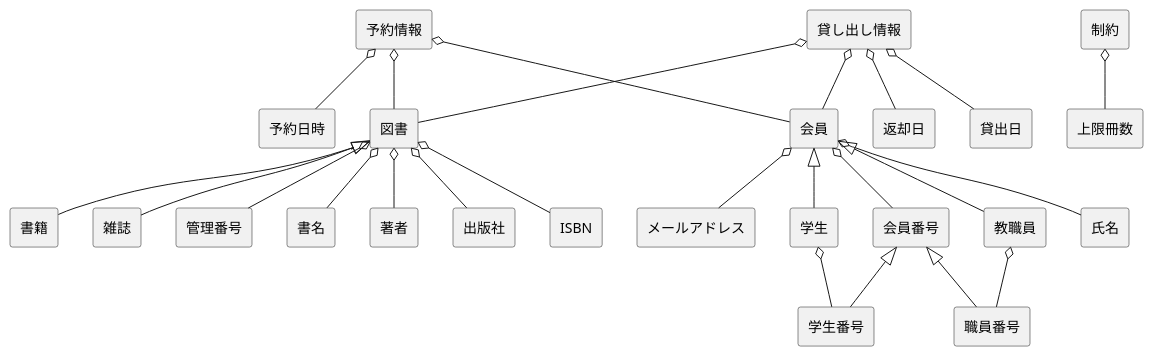
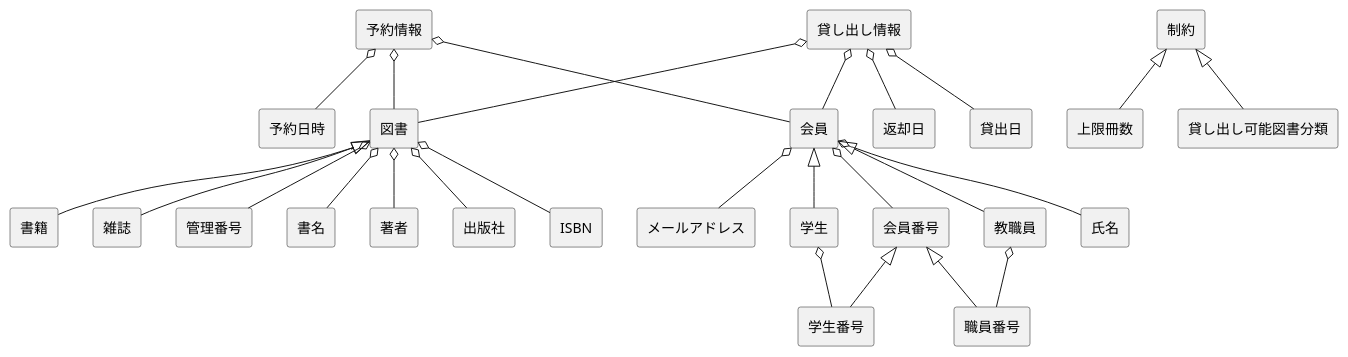
Before and after one commit to FujikawaHirono0520/group3_1_dogdog: the diagram in kouka2/domain.pu, drawn with PlantUML.

Commit message:
【追記】貸し出し可能図書分類

```diff
--- a/kouka2/domain.pu
+++ b/kouka2/domain.pu
@@ -1,35 +1,36 @@
 @startuml 大原情報科学大学・図書館システムドメインモデル図
 skinparam componentStyle rectangle
 
 [予約情報] o-- [会員]
 [予約情報] o-- [図書]
 [予約情報] o-- [予約日時]
 
 [貸し出し情報] o-- [会員]
 [貸し出し情報] o-- [図書]
 [貸し出し情報] o-- [貸出日]
 [貸し出し情報] o-- [返却日]
 
 [会員] o-- [会員番号]
 [会員] o-- [氏名]
 [会員] o-- [メールアドレス]
 [会員] <|-- [学生]
 [会員] <|-- [教職員]
 
 [学生] o-- [学生番号]
 [教職員] o-- [職員番号]
 
 [会員番号] <|-- [学生番号]
 [会員番号] <|-- [職員番号]
 
 [図書] o-- [管理番号]
 [図書] o-- [書名]
 [図書] o-- [著者]
 [図書] o-- [出版社]
 [図書] o-- [ISBN]
 [図書] <|-- [書籍]
 [図書] <|-- [雑誌]
 
-[制約] o-- [上限冊数]
+[制約] <|-- [上限冊数]
+[制約] <|-- [貸し出し可能図書分類]
 
 @enduml
```
